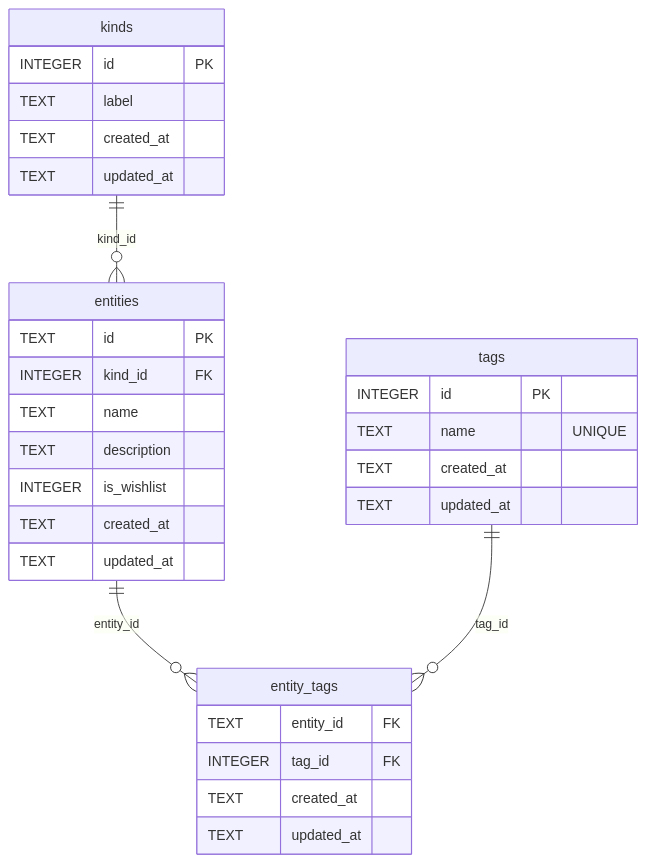
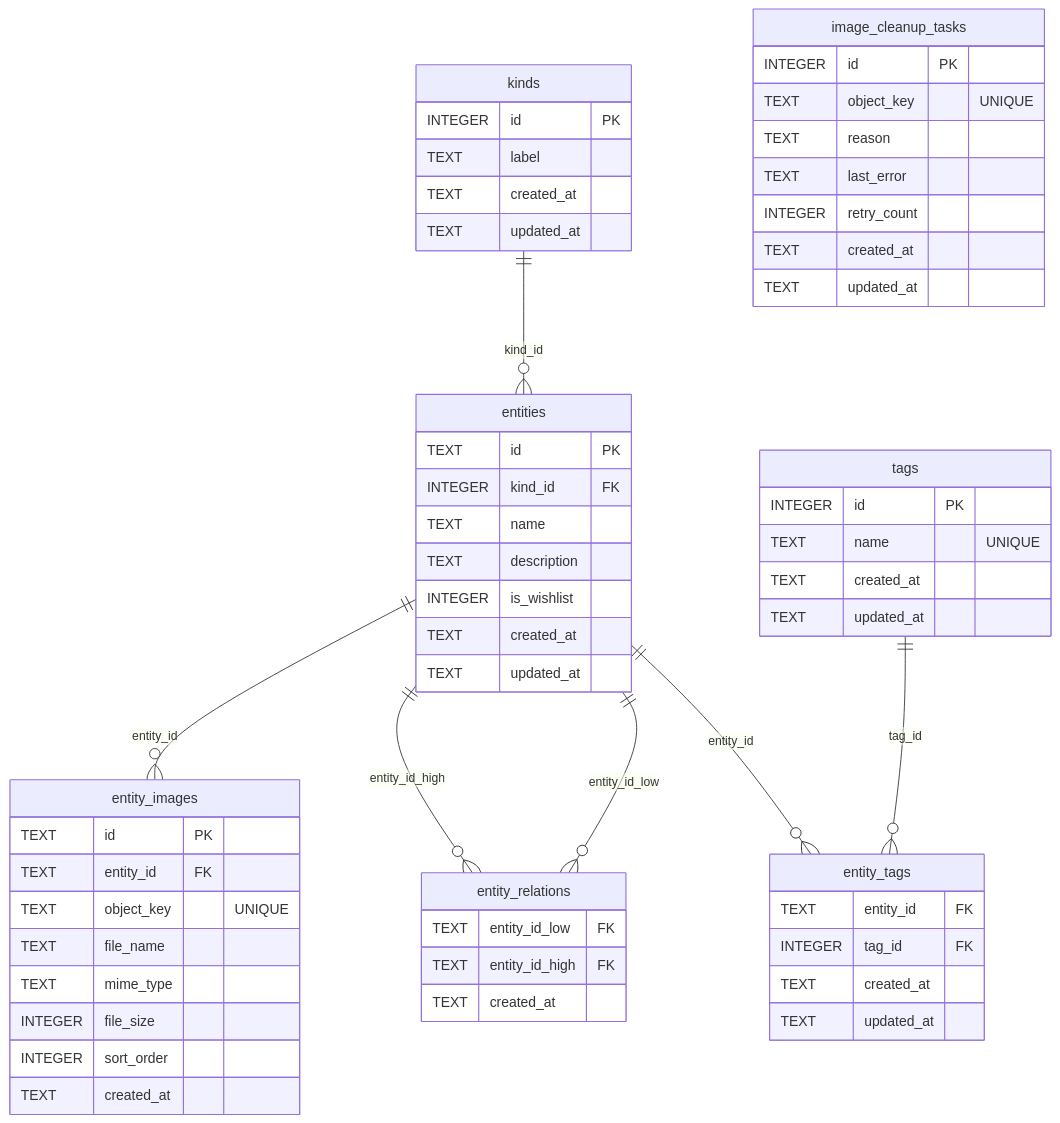
Before and after one commit to ytkg/shikouroku: the diagram in README.md, drawn with Mermaid. The commit also changed other lines of this file, not shown here.

Commit message:
docs: READMEのER図を最新化

````diff
--- a/README.md
+++ b/README.md
@@ -161,37 +161,67 @@
 ```mermaid
 erDiagram
   kinds ||--o{ entities : kind_id
   entities ||--o{ entity_tags : entity_id
   tags ||--o{ entity_tags : tag_id
+  entities ||--o{ entity_relations : entity_id_low
+  entities ||--o{ entity_relations : entity_id_high
+  entities ||--o{ entity_images : entity_id
 
   kinds {
     INTEGER id PK
     TEXT label
     TEXT created_at
     TEXT updated_at
   }
 
   entities {
     TEXT id PK
     INTEGER kind_id FK
     TEXT name
     TEXT description
     INTEGER is_wishlist
     TEXT created_at
     TEXT updated_at
   }
 
   tags {
     INTEGER id PK
     TEXT name "UNIQUE"
     TEXT created_at
     TEXT updated_at
   }
 
   entity_tags {
     TEXT entity_id FK
     INTEGER tag_id FK
     TEXT created_at
     TEXT updated_at
   }
+
+  entity_relations {
+    TEXT entity_id_low FK
+    TEXT entity_id_high FK
+    TEXT created_at
+  }
+
+  entity_images {
+    TEXT id PK
+    TEXT entity_id FK
+    TEXT object_key "UNIQUE"
+    TEXT file_name
+    TEXT mime_type
+    INTEGER file_size
+    INTEGER sort_order
+    TEXT created_at
+  }
+
+  image_cleanup_tasks {
+    INTEGER id PK
+    TEXT object_key "UNIQUE"
+    TEXT reason
+    TEXT last_error
+    INTEGER retry_count
+    TEXT created_at
+    TEXT updated_at
+  }
 ```
````
